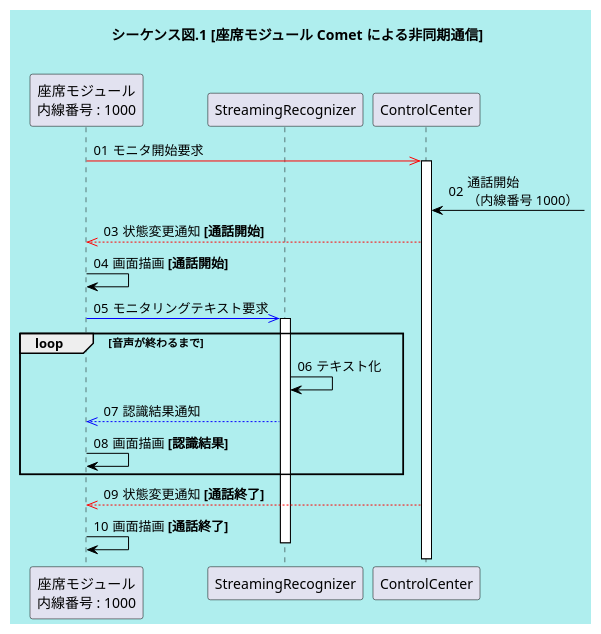
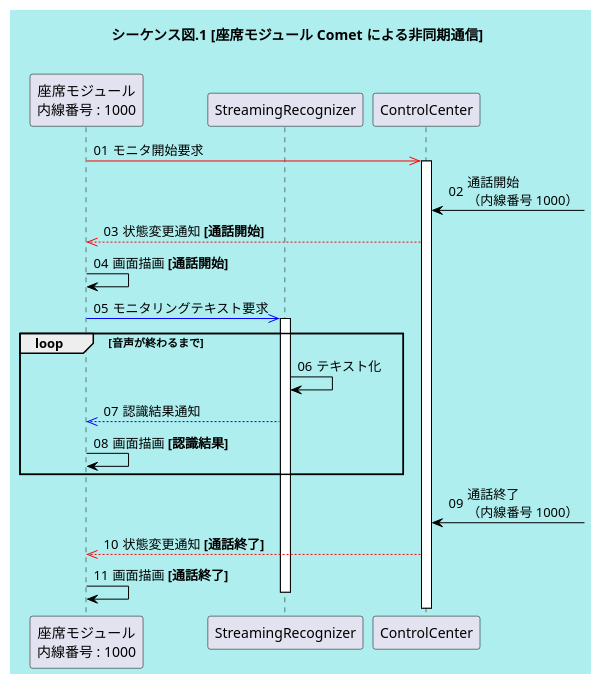
One commit to ytakagi-ponkotsu/function changed the fourth of 4 diagrams in 詳解 Communication Suite 機能編.md. Above: the diagram before and after it, drawn with PlantUML. The commit also changed other lines of this file, not shown here.

Commit message:
2020/05/07 シーケンス図.1 修正

````diff
--- a/詳解 Communication Suite 機能編.md
+++ b/詳解 Communication Suite 機能編.md
@@ -2144,38 +2145,39 @@
 	```plantuml
 	@startuml
 	autonumber "00"
 
 	skinparam {
 		shadowing false
 		defaultFontName "Segoe UI, BIZ UDPゴシック, sans-serif"
 		BackgroundColor #afeeee
 		ParticipantBorderColor black
 		LifeLineBorderColor black
 		SequenceLifeLineBorderColor black
 		ArrowColor black
 		ActorBorderColor black
 	}
 
 	title シーケンス図.1 [座席モジュール Comet による非同期通信]\n
 
 	participant "座席モジュール\n内線番号 : 1000" as 1000
 	participant "StreamingRecognizer" as sr
 	participant "ControlCenter" as cc
 
 	1000 -[#red]>> cc ++ : モニタ開始要求
 	cc <-] : 通話開始\n（内線番号 1000）
 	1000 <<-[#red]- cc : 状態変更通知 <b>[通話開始]
 	1000 -> 1000 : 画面描画 <b>[通話開始]
 	1000 -[#blue]>> sr ++ : モニタリングテキスト要求
 
 	loop 音声が終わるまで
 		sr -> sr : テキスト化
 		1000 <<-[#blue]- sr : 認識結果通知
 		1000 -> 1000 : 画面描画 <b>[認識結果]
 	end
+	cc <-] : 通話終了\n（内線番号 1000）
 	1000 <<-[#red]- cc : 状態変更通知 <b>[通話終了]
 	1000 -> 1000 : 画面描画 <b>[通話終了]
 	deactivate sr
 
 	@enduml
 	```
````
